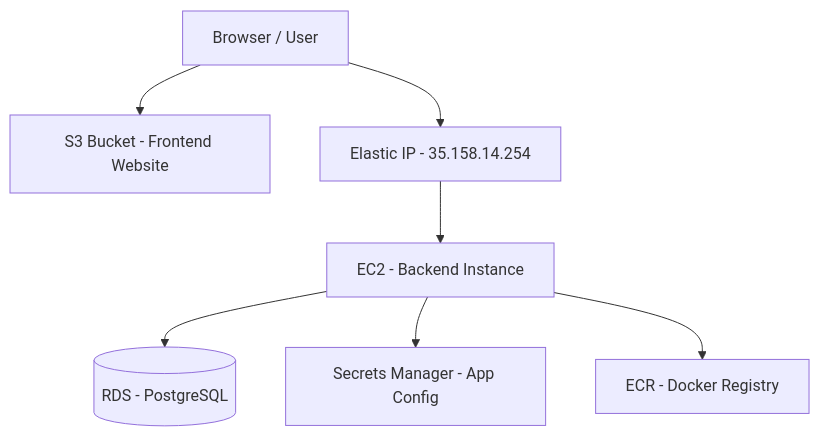
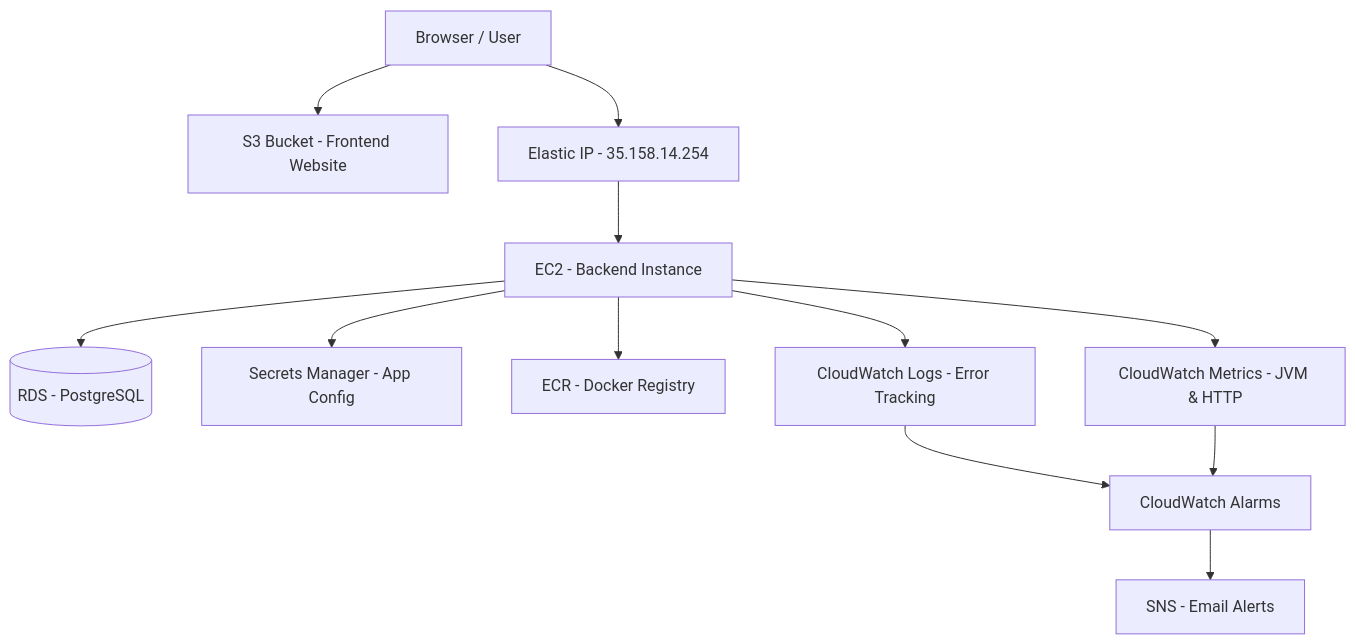
The diagram in docs/AWS_ARCHITECTURE.md (ISTEAMX/IS-DevOps), drawn with Mermaid before and after one commit. The commit also changed other lines of this file and 8 other files, not shown here.

Commit message:
IST-20: add CloudWatch monitoring, alarms, and SNS email notifications

````diff
--- a/docs/AWS_ARCHITECTURE.md
+++ b/docs/AWS_ARCHITECTURE.md
@@ -28,9 +30,14 @@
 ```mermaid
 graph TD
     Client[Browser / User] --> S3[S3 Bucket - Frontend Website]
     Client --> ElasticIP[Elastic IP - 35.158.14.254]
     ElasticIP --> EC2[EC2 - Backend Instance]
     EC2 --> RDS[(RDS - PostgreSQL)]
     EC2 --> Secrets[Secrets Manager - App Config]
     EC2 --> ECR[ECR - Docker Registry]
+    EC2 --> CWLogs[CloudWatch Logs - Error Tracking]
+    EC2 --> CWMetrics[CloudWatch Metrics - JVM & HTTP]
+    CWLogs --> CWAlarms[CloudWatch Alarms]
+    CWMetrics --> CWAlarms
+    CWAlarms --> SNS[SNS - Email Alerts]
 ```
````
